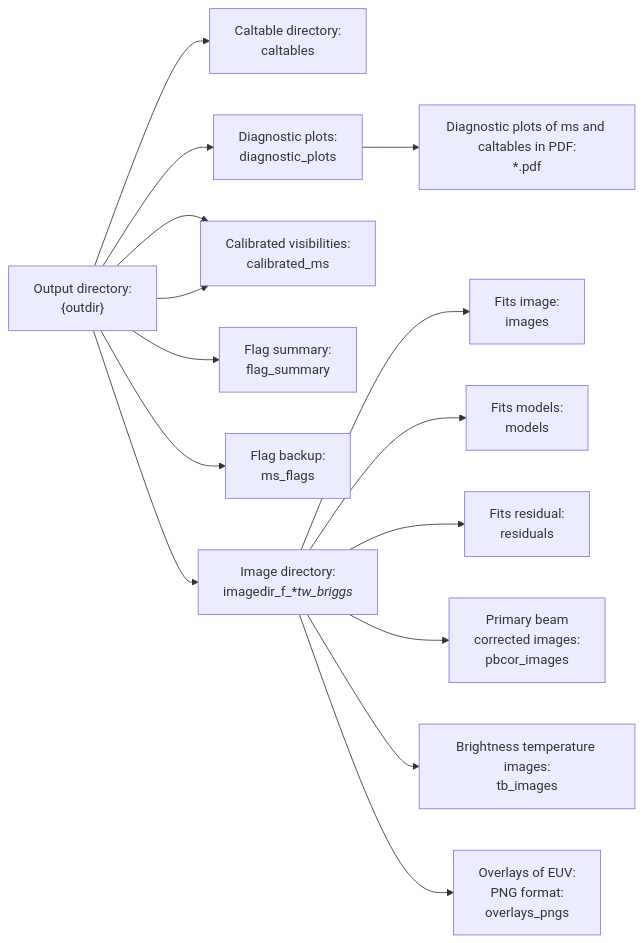
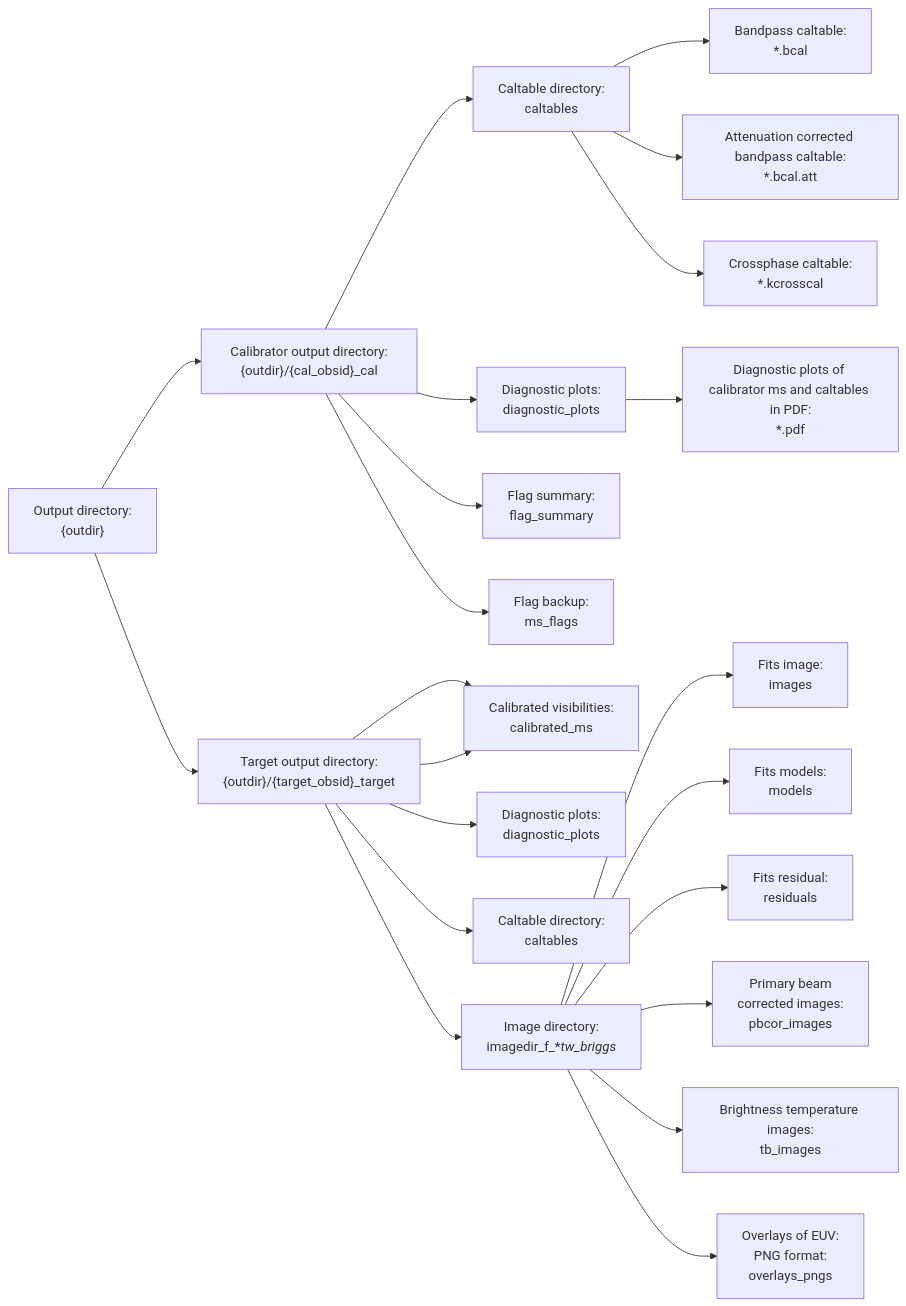
The second of 2 diagrams in docs/source/output.rst (devojyoti96/P-AIRCARS), drawn with Mermaid before and after one commit. The commit also changed other lines of this file, not shown here.

Commit message:
Output directory updated in doc

```diff
--- a/docs/source/output.rst
+++ b/docs/source/output.rst
@@ -53,17 +61,25 @@
    .. mermaid::
 
        graph LR
-           WD["Output directory:<br>{outdir}"] --> CALTABLE["Caltable directory:<br>caltables"]
-           WD --> DP["`Diagnostic plots:<br>diagnostic_plots`"]
-           DP --> DPPDF["`Diagnostic plots of ms and caltables in PDF:<br>*.pdf`"]
-           WD --> DS["`Dynamic spectra:<br>dynamic_spectra`"]
-           WD --> DS["`Calibrated visibilities:<br>calibrated_ms`"]
-           WD --> FS["`Flag summary:<br>flag_summary`"]
-           WD --> FV["`Flag backup:<br>ms_flags`"]
-           WD --> IMG["`Image directory:<br>imagedir_f_*_t_*_w_briggs_*`"]
+           WD["Output directory:<br>{outdir}"] --> WDC["Calibrator output directory:{outdir}/{cal_obsid}_cal"]
+           WD["Output directory:<br>{outdir}"] --> WDT["Target output directory:{outdir}/{target_obsid}_target"]
+           WDC --> CALTABLE["Caltable directory:<br>caltables"]
+           WDC --> DPC["`Diagnostic plots:<br>diagnostic_plots`"]
+           WDC --> FS["`Flag summary:<br>flag_summary`"]
+           WDC --> FV["`Flag backup:<br>ms_flags`"]
+           DPC --> DPPDF["`Diagnostic plots of calibrator ms and caltables in PDF:<br>*.pdf`"]
+           CALTABLE --> BCAL["`Bandpass caltable:<br>*.bcal`"]
+           CALTABLE --> BCALATT["`Attenuation corrected bandpass caltable:<br>*.bcal.att`"]
+           CALTABLE --> KCROSSCAL["`Crossphase caltable:<br>*.kcrosscal`"]
+                     
+           WDT --> DS["`Dynamic spectra:<br>dynamic_spectra`"]
+           WDT --> DS["`Calibrated visibilities:<br>calibrated_ms`"]
+           WDT --> DPT["`Diagnostic plots:<br>diagnostic_plots`"]
+           WDT --> SELFCALTABLE["Caltable directory:<br>caltables"]
+           WDT --> IMG["`Image directory:<br>imagedir_f_*_t_*_w_briggs_*`"]
            IMG --> IMAGE["Fits image:<br>images"]
            IMG --> MODEL["Fits models:<br>models"]
            IMG --> RES["Fits residual:<br>residuals"]
            IMG --> PBCOR["`Primary beam<br>corrected images:<br>pbcor_images`"]
            IMG --> TBIMG["`Brightness temperature images:<br>tb_images`"]
            IMG --> OVRPNG["Overlays of EUV:<br>PNG format:<br>overlays_pngs"]
```
